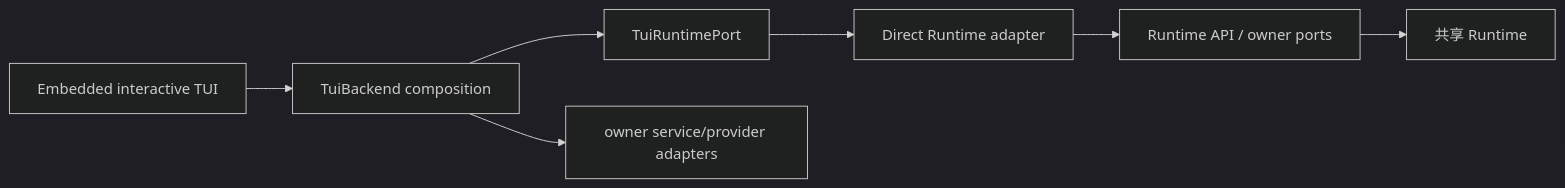
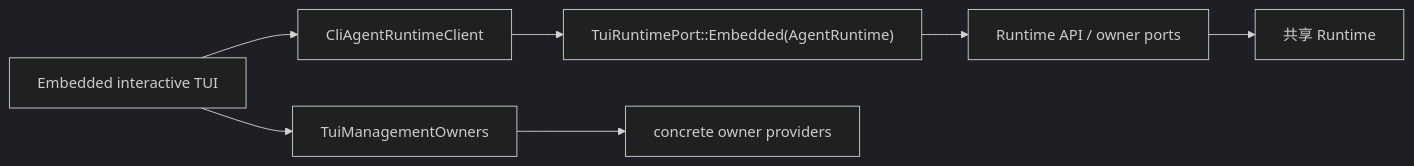
The eighth of 16 diagrams in docs/architecture/product-architecture.md (GCWing/BitFun), drawn with Mermaid (dark theme) before and after one commit. The commit also changed other lines of this file and 181 other files, not shown here.

First line of the commit message:
refactor(cli): use direct runtime for embedded TUI

````diff
--- a/docs/architecture/product-architecture.md
+++ b/docs/architecture/product-architecture.md
@@ -591,9 +594,9 @@
 ```mermaid
 flowchart LR
-  TUI["Embedded interactive TUI"] --> Composition["TuiBackend composition"]
-  Composition --> RuntimePort["TuiRuntimePort"]
-  RuntimePort --> DirectRuntime["Direct Runtime adapter"]
-  DirectRuntime --> API["Runtime API / owner ports"]
-  Composition --> Management["owner service/provider adapters"]
+  TUI["Embedded interactive TUI"] --> Client["CliAgentRuntimeClient"]
+  Client --> RuntimePort["TuiRuntimePort::Embedded(AgentRuntime)"]
+  RuntimePort --> API["Runtime API / owner ports"]
+  TUI --> Management["TuiManagementOwners"]
+  Management --> Providers["concrete owner providers"]
   API --> Runtime["共享 Runtime"]
 ```
````
